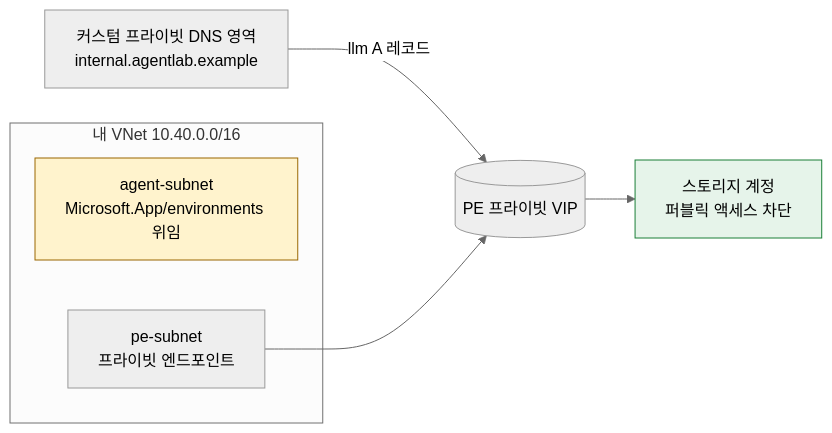
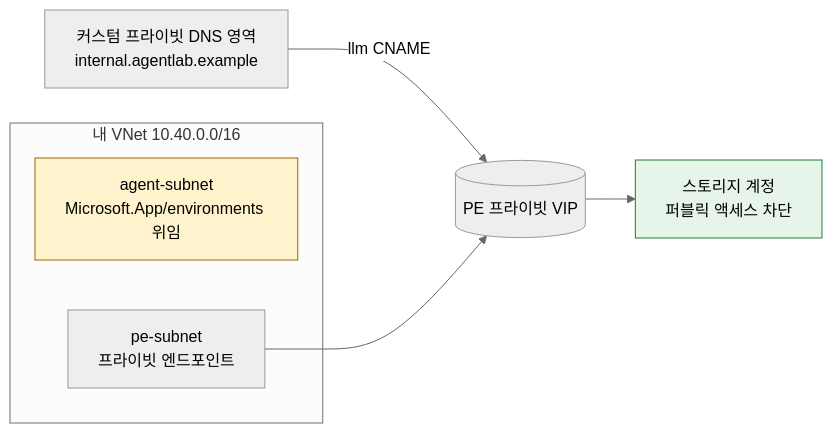
The diagram in docs/DEPLOYMENT.ko.md (hyeonsangjeon/foundry-agent-network-diagnostic), drawn with Mermaid (neutral theme) before and after one commit. The commit also changed other lines of this file and 4 other files, not shown here.

First line of the commit message:
fix(deploy): resolve lab VIP from live PE NIC; CNAME custom FQDN

````diff
--- a/docs/DEPLOYMENT.ko.md
+++ b/docs/DEPLOYMENT.ko.md
@@ -29,12 +29,12 @@
 ```mermaid
 flowchart LR
     subgraph VNet[내 VNet 10.40.0.0/16]
       AS[agent-subnet<br/>Microsoft.App/environments 위임]
       PE[pe-subnet<br/>프라이빗 엔드포인트]
     end
-    CZ[커스텀 프라이빗 DNS 영역<br/>internal.agentlab.example] -->|llm A 레코드| PEIP[(PE 프라이빗 VIP)]
+    CZ[커스텀 프라이빗 DNS 영역<br/>internal.agentlab.example] -->|llm CNAME| PEIP[(PE 프라이빗 VIP)]
     PE --> PEIP
     PEIP --> SA[스토리지 계정<br/>퍼블릭 액세스 차단]
     style AS fill:#fff3cd,stroke:#9a6700
     style SA fill:#e6f4ea,stroke:#1a7f37
 ```
````
